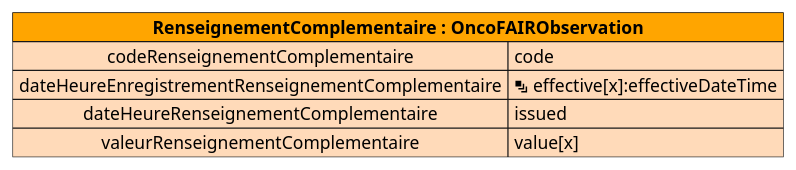
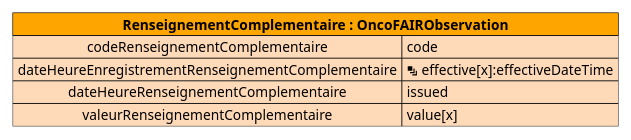
The diagram in input/images-source/OncoFAIRObservation.plantuml (ONCOFAIR/FHIR-ImplementationGuide-Article), drawn with PlantUML before and after one commit. The commit also changed 5 other files, not shown here.

```diff
--- a/input/images-source/OncoFAIRObservation.plantuml
+++ b/input/images-source/OncoFAIRObservation.plantuml
@@ -1,13 +1,13 @@
 @startuml
 
-
+scale 500 width
 
 map "**RenseignementComplementaire : OncoFAIRObservation**" as RenseignementComplementaire #back:PeachPuff;header:Orange {
     codeRenseignementComplementaire => code
     dateHeureEnregistrementRenseignementComplementaire => <&layers> effective[x]:effectiveDateTime
     dateHeureRenseignementComplementaire => issued
     valeurRenseignementComplementaire => value[x]
 }
 
 
 @enduml
```
